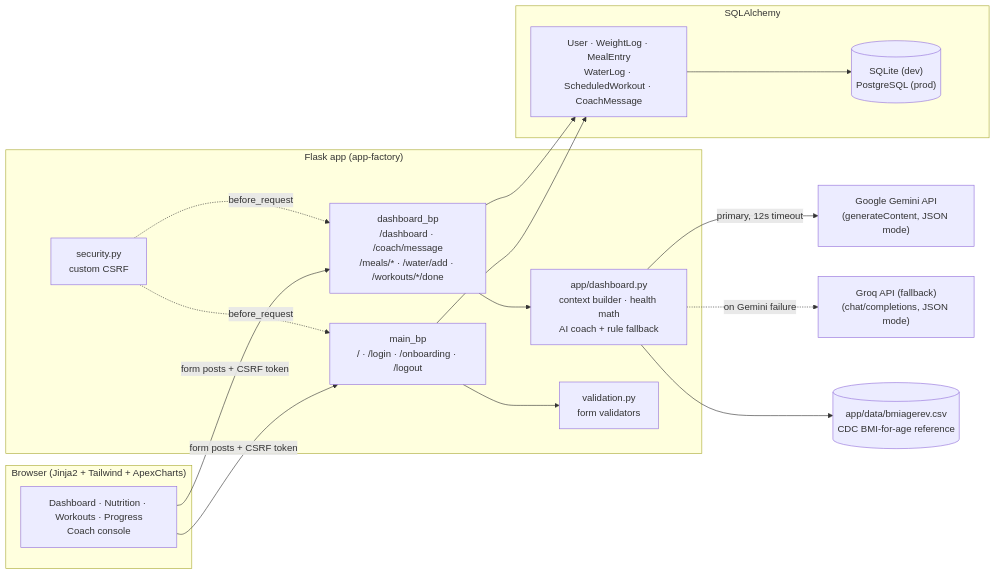
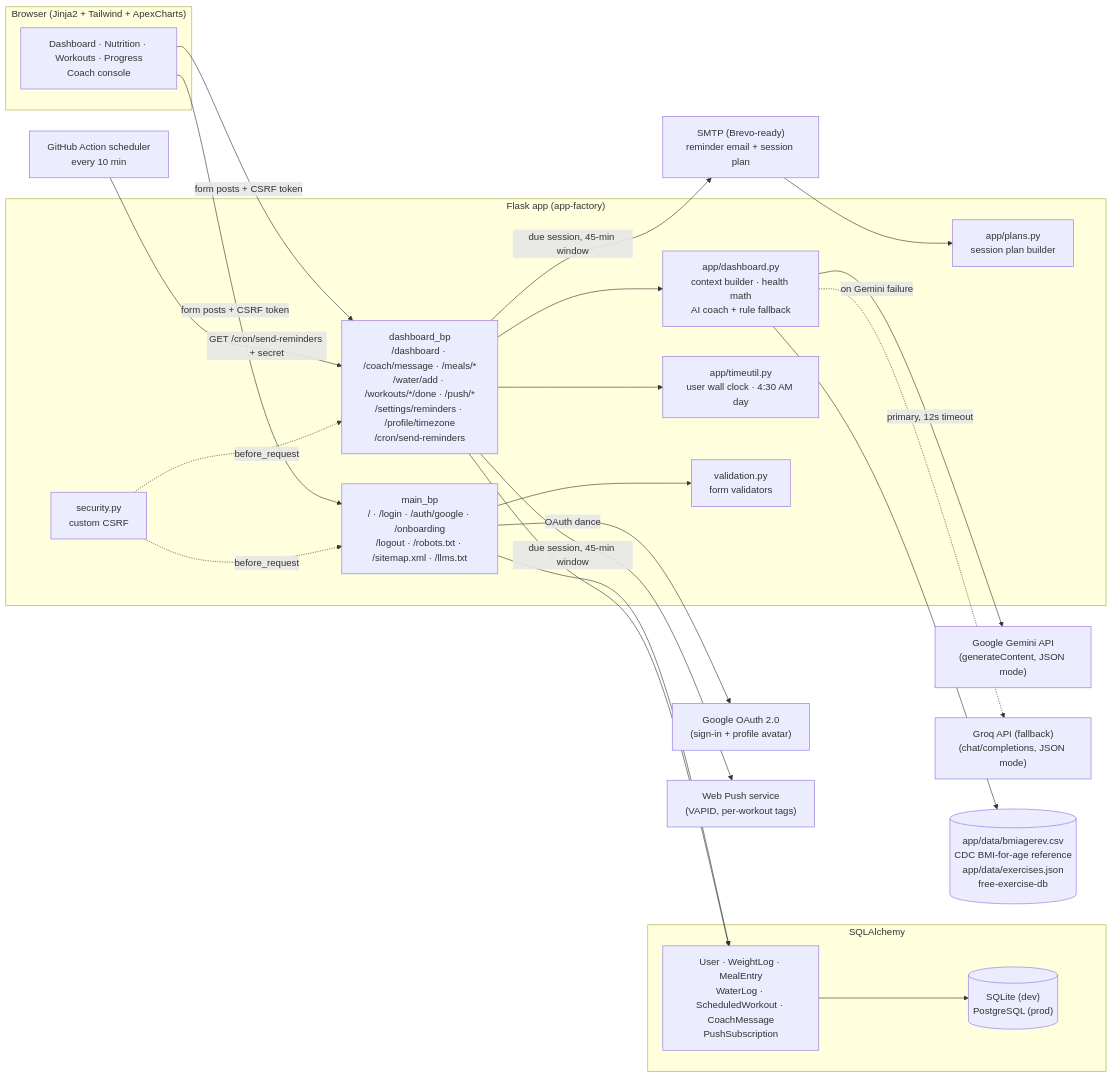
The diagram in README.md (syncmee/fit-X), drawn with Mermaid before and after one commit. The commit also changed other lines of this file, not shown here.

Commit message:
Document push and email reminders, PWA, Google sign-in, and SEO in the README

````diff
--- a/README.md
+++ b/README.md
@@ -131,36 +154,48 @@
 ```mermaid
 flowchart LR
     subgraph Browser["Browser (Jinja2 + Tailwind + ApexCharts)"]
         UI["Dashboard · Nutrition · Workouts · Progress<br/>Coach console"]
     end
 
     subgraph Flask["Flask app (app-factory)"]
-        BP1["main_bp<br/>/ · /login · /onboarding · /logout"]
-        BP2["dashboard_bp<br/>/dashboard · /coach/message<br/>/meals/* · /water/add · /workouts/*/done"]
+        BP1["main_bp<br/>/ · /login · /auth/google · /onboarding<br/>/logout · /robots.txt · /sitemap.xml · /llms.txt"]
+        BP2["dashboard_bp<br/>/dashboard · /coach/message · /meals/*<br/>/water/add · /workouts/*/done · /push/*<br/>/settings/reminders · /profile/timezone<br/>/cron/send-reminders"]
         CORE["app/dashboard.py<br/>context builder · health math<br/>AI coach + rule fallback"]
+        PLANS["app/plans.py<br/>session plan builder"]
+        TIME["app/timeutil.py<br/>user wall clock · 4:30 AM day"]
         SEC["security.py<br/>custom CSRF"]
         VAL["validation.py<br/>form validators"]
     end
 
     subgraph Data["SQLAlchemy"]
         DB[("SQLite (dev)<br/>PostgreSQL (prod)")]
-        MODELS["User · WeightLog · MealEntry<br/>WaterLog · ScheduledWorkout · CoachMessage"]
+        MODELS["User · WeightLog · MealEntry<br/>WaterLog · ScheduledWorkout · CoachMessage<br/>PushSubscription"]
     end
 
     GEMINI["Google Gemini API<br/>(generateContent, JSON mode)"]
     GROQ["Groq API (fallback)<br/>(chat/completions, JSON mode)"]
-    CSV[("app/data/bmiagerev.csv<br/>CDC BMI-for-age reference")]
+    GOAUTH["Google OAuth 2.0<br/>(sign-in + profile avatar)"]
+    SMTP["SMTP (Brevo-ready)<br/>reminder email + session plan"]
+    PUSH["Web Push service<br/>(VAPID, per-workout tags)"]
+    CRON["GitHub Action scheduler<br/>every 10 min"]
+    CSV[("app/data/bmiagerev.csv<br/>CDC BMI-for-age reference<br/>app/data/exercises.json<br/>free-exercise-db")]
 
     UI -->|form posts + CSRF token| BP1
     UI -->|form posts + CSRF token| BP2
     BP1 --> VAL
+    BP1 -->|OAuth dance| GOAUTH
     BP2 --> CORE
+    BP2 --> TIME
     CORE -->|primary, 12s timeout| GEMINI
     CORE -.->|on Gemini failure| GROQ
     CORE --> CSV
+    CRON -->|GET /cron/send-reminders + secret| BP2
+    BP2 -->|due session, 45-min window| SMTP
+    BP2 -->|due session, 45-min window| PUSH
+    SMTP --> PLANS
     BP1 --> MODELS
     BP2 --> MODELS
     MODELS --> DB
     SEC -.->|before_request| BP1
     SEC -.->|before_request| BP2
 ```
````
